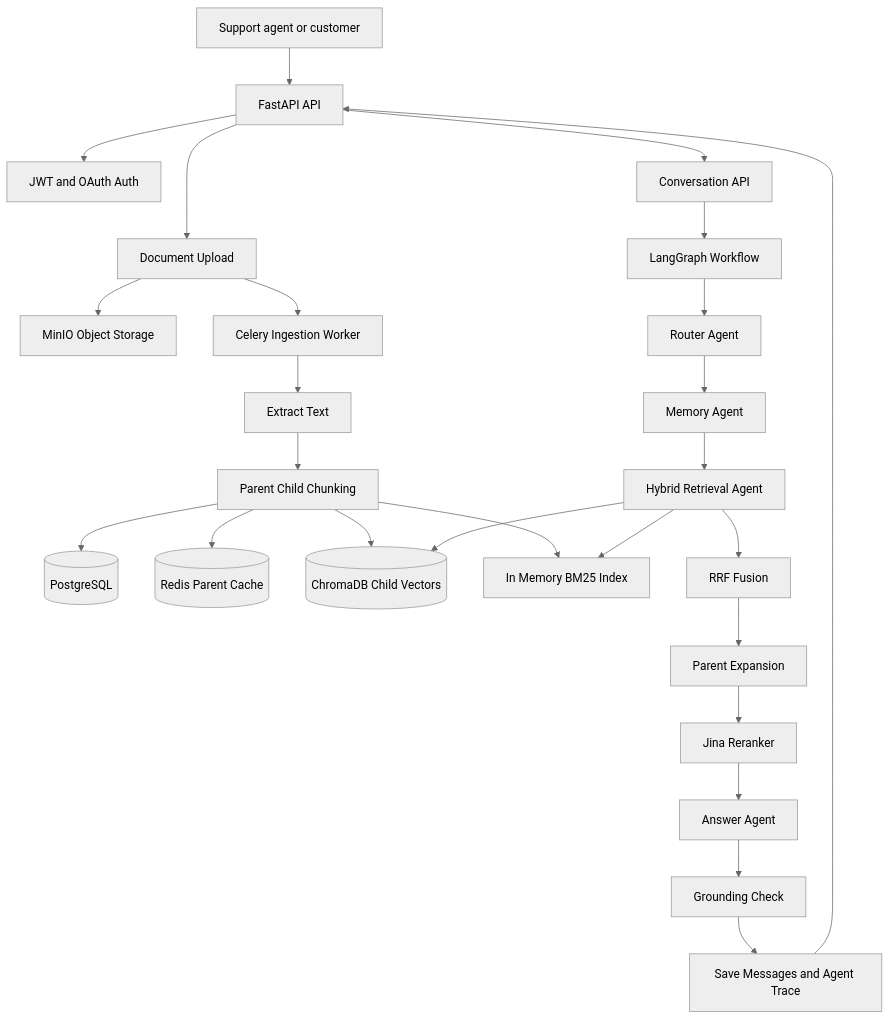
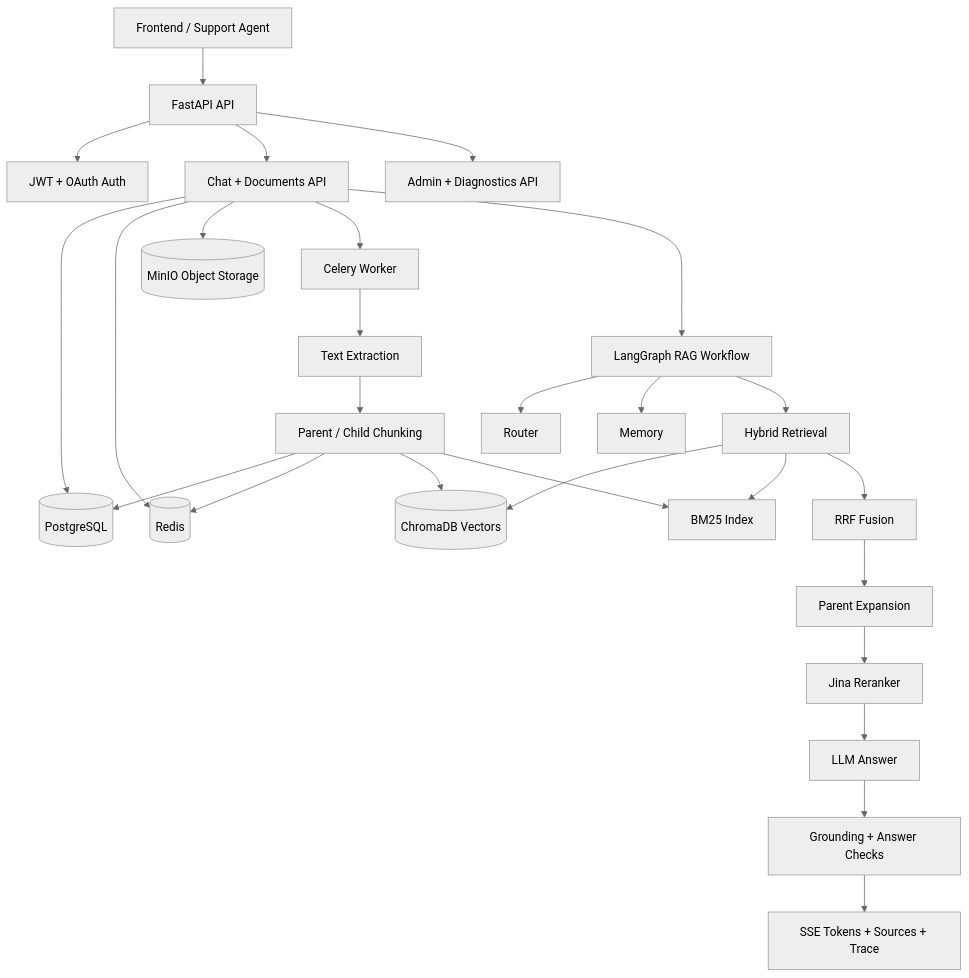
One commit to twilightt1/mindlayer changed the diagram in README.md. Above: the diagram before and after it, drawn with Mermaid (neutral theme). The commit also changed other lines of this file and 4 other files, not shown here.

````diff
--- a/README.md
+++ b/README.md
@@ -70,30 +55,32 @@
 ```mermaid
 graph TD
-    User[Support agent or customer] --> API[FastAPI API]
-    API --> Auth[JWT and OAuth Auth]
-    API --> Chat[Conversation API]
-    API --> Upload[Document Upload]
+    Client[Frontend / Support Agent] --> API[FastAPI API]
+    API --> Auth[JWT + OAuth Auth]
+    API --> Chat[Chat + Documents API]
+    API --> Admin[Admin + Diagnostics API]
 
-    Upload --> MinIO[MinIO Object Storage]
-    Upload --> Celery[Celery Ingestion Worker]
-    Celery --> Extract[Extract Text]
-    Extract --> Chunk[Parent Child Chunking]
-    Chunk --> Postgres[(PostgreSQL)]
-    Chunk --> Redis[(Redis Parent Cache)]
-    Chunk --> Chroma[(ChromaDB Child Vectors)]
-    Chunk --> BM25[In Memory BM25 Index]
+    Chat --> Postgres[(PostgreSQL)]
+    Chat --> Redis[(Redis)]
+    Chat --> MinIO[(MinIO Object Storage)]
+    Chat --> Celery[Celery Worker]
 
-    Chat --> Graph[LangGraph Workflow]
-    Graph --> Router[Router Agent]
-    Router --> Memory[Memory Agent]
-    Memory --> Retrieval[Hybrid Retrieval Agent]
+    Celery --> Extract[Text Extraction]
+    Extract --> Chunk[Parent / Child Chunking]
+    Chunk --> Postgres
+    Chunk --> Redis
+    Chunk --> Chroma[(ChromaDB Vectors)]
+    Chunk --> BM25[BM25 Index]
+
+    Chat --> Graph[LangGraph RAG Workflow]
+    Graph --> Router[Router]
+    Graph --> Memory[Memory]
+    Graph --> Retrieval[Hybrid Retrieval]
     Retrieval --> Chroma
     Retrieval --> BM25
     Retrieval --> RRF[RRF Fusion]
     RRF --> ParentExpansion[Parent Expansion]
     ParentExpansion --> Reranker[Jina Reranker]
-    Reranker --> Answer[Answer Agent]
-    Answer --> Hallucination[Grounding Check]
-    Hallucination --> Save[Save Messages and Agent Trace]
-    Save --> API
+    Reranker --> Answer[LLM Answer]
+    Answer --> Validate[Grounding + Answer Checks]
+    Validate --> SSE[SSE Tokens + Sources + Trace]
 ```
````
